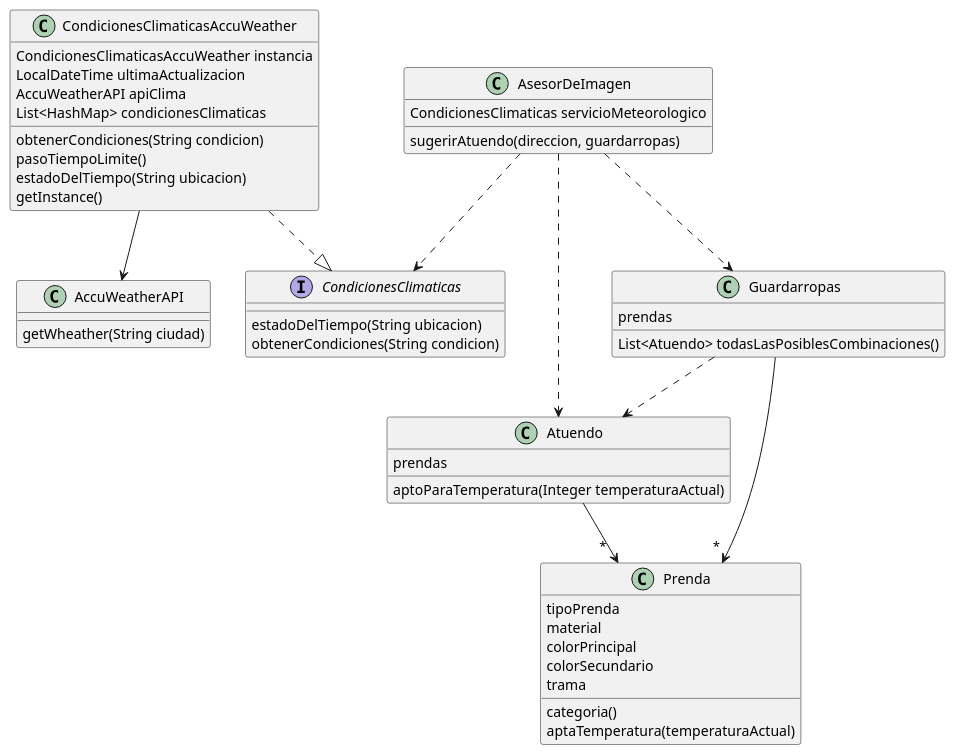
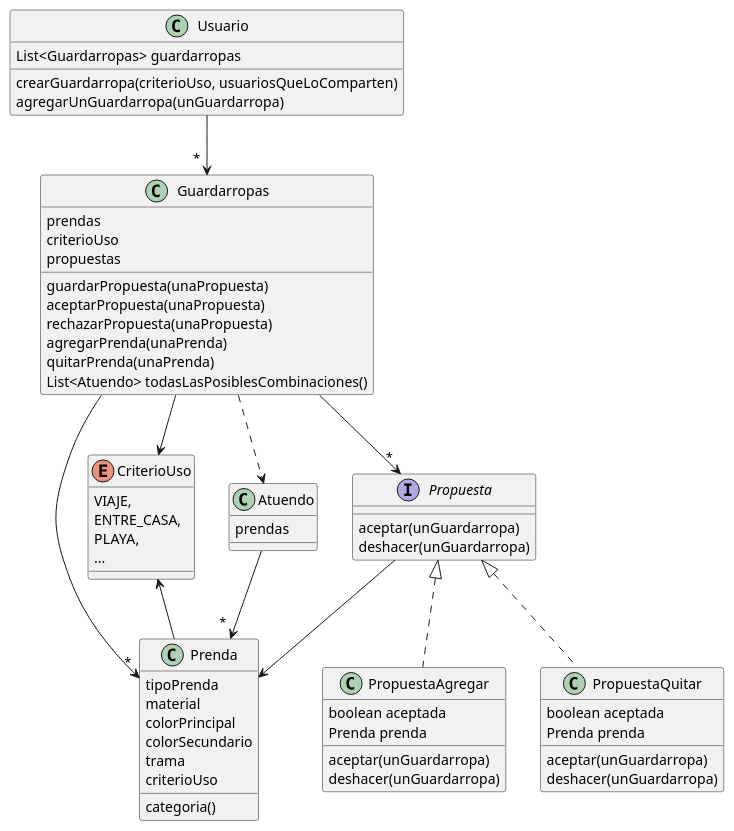
Before and after one commit to alesiosaba/tp-QMP-dds: the diagram in diagramas - plantuml/[QMP5].plantuml, drawn with PlantUML. The commit also changed 9 other files, not shown here.

```diff
--- a/diagramas - plantuml/[QMP5].plantuml
+++ b/diagramas - plantuml/[QMP5].plantuml
@@ -1,65 +1,79 @@
 @startuml
-
-interface CondicionesClimaticas {
-    estadoDelTiempo(String ubicacion)
-    obtenerCondiciones(String condicion)
-}
-
-CondicionesClimaticasAccuWeather ..|> CondicionesClimaticas
 
 class Prenda {
     tipoPrenda
     material
     colorPrincipal
     colorSecundario
     trama
+    criterioUso
 
     categoria()
-    aptaTemperatura(temperaturaActual)
+}
+
+CriterioUso <-- Prenda
+
+enum CriterioUso {
+    VIAJE,
+    ENTRE_CASA,
+    PLAYA,
+    ...
 }
 
 Atuendo --> "  *  " Prenda
 
 class Atuendo {
     prendas
-    aptoParaTemperatura(Integer temperaturaActual)
 }
 
-Guardarropas --> "  *  " Prenda
+Guardarropas --> "*" Prenda
 Guardarropas ..> Atuendo
+Guardarropas --> CriterioUso 
+Guardarropas --> "*" Propuesta
 
 class Guardarropas {
     prendas
+    criterioUso
+    propuestas
 
+    guardarPropuesta(unaPropuesta)
+    aceptarPropuesta(unaPropuesta)
+    rechazarPropuesta(unaPropuesta)
+    agregarPrenda(unaPrenda)
+    quitarPrenda(unaPrenda)
     List<Atuendo> todasLasPosiblesCombinaciones()
 }
 
-AsesorDeImagen ..> CondicionesClimaticas
-AsesorDeImagen ..> Guardarropas
-AsesorDeImagen ..> Atuendo
-
-class AsesorDeImagen {
-    CondicionesClimaticas servicioMeteorologico
-
-    sugerirAtuendo(direccion, guardarropas)
+interface Propuesta {
+    aceptar(unGuardarropa)
+    deshacer(unGuardarropa)
 }
 
-class CondicionesClimaticasAccuWeather {
-    CondicionesClimaticasAccuWeather instancia
-    LocalDateTime ultimaActualizacion
-    AccuWeatherAPI apiClima
-    List<HashMap> condicionesClimaticas
+Propuesta <|.. PropuestaAgregar
+Propuesta <|.. PropuestaQuitar
+Propuesta --> Prenda
 
-    obtenerCondiciones(String condicion)
-    pasoTiempoLimite()
-    estadoDelTiempo(String ubicacion)
-    getInstance()
+class PropuestaAgregar {
+    boolean aceptada
+    Prenda prenda
+    aceptar(unGuardarropa)
+    deshacer(unGuardarropa)
 }
 
-CondicionesClimaticasAccuWeather --> AccuWeatherAPI
+class PropuestaQuitar {
+    boolean aceptada
+    Prenda prenda
+    aceptar(unGuardarropa)
+    deshacer(unGuardarropa)
+}
 
-class AccuWeatherAPI {
-    getWheather(String ciudad)
+Usuario --> "  *  " Guardarropas
+
+class Usuario {
+    List<Guardarropas> guardarropas
+
+    crearGuardarropa(criterioUso, usuariosQueLoComparten)
+    agregarUnGuardarropa(unGuardarropa)
 }
 
 @enduml
```
